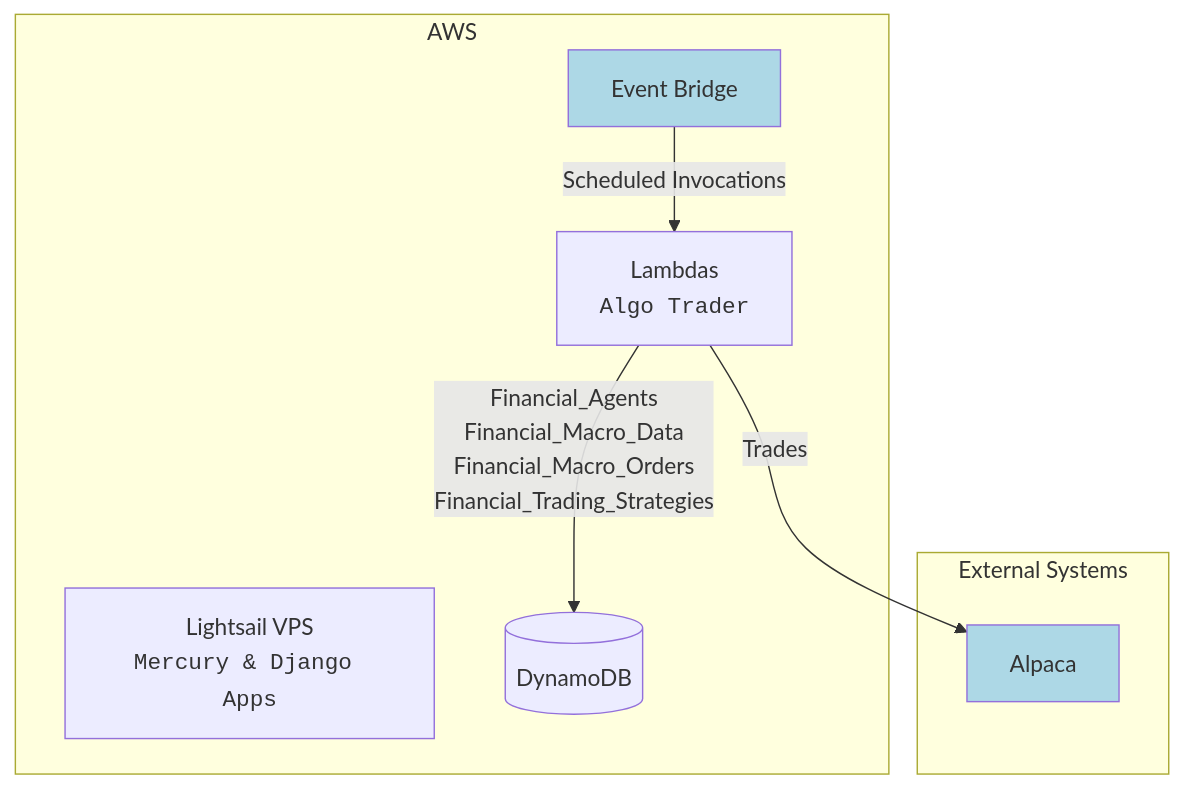
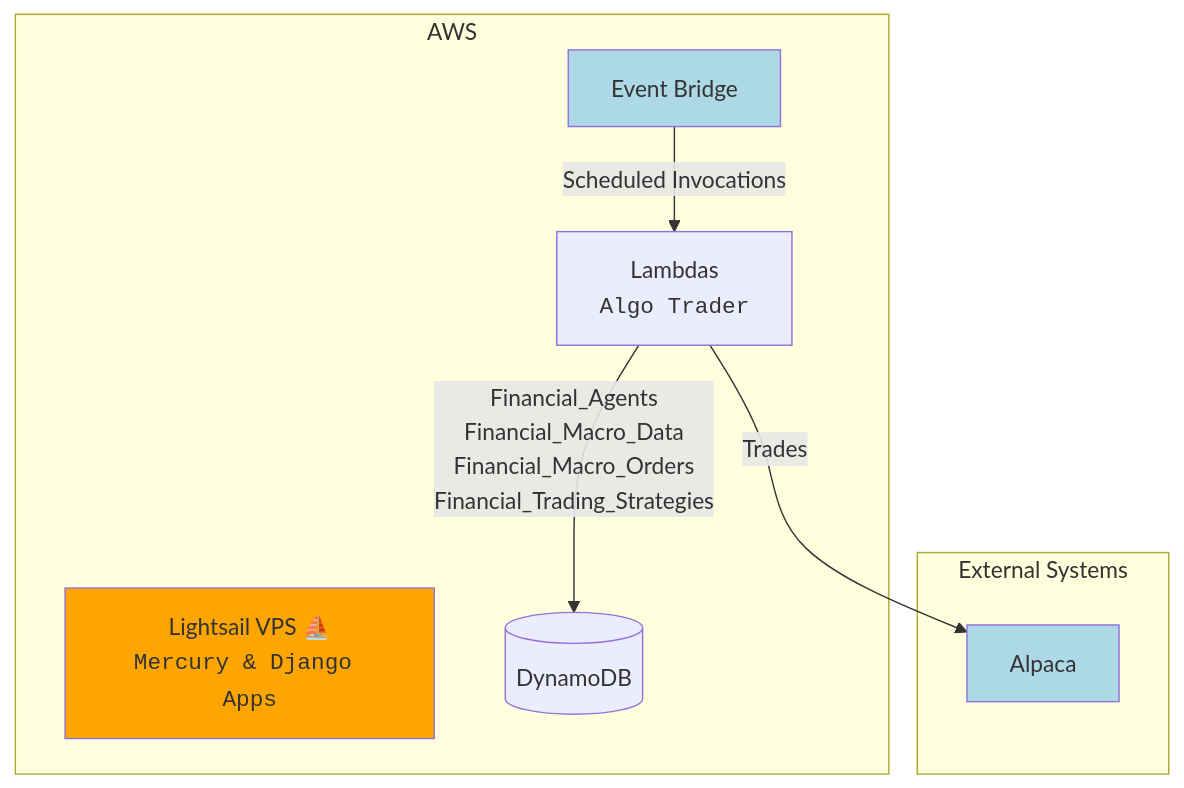
The first of 2 diagrams in obsidian-knowledge-base/Projects/Projects Home.md (shawn-don-soneja/knowledge-base), drawn with Mermaid before and after one commit. The commit also changed other lines of this file, not shown here.

````diff
--- a/obsidian-knowledge-base/Projects/Projects Home.md
+++ b/obsidian-knowledge-base/Projects/Projects Home.md
@@ -18,20 +20,21 @@
 ```mermaid
 graph TD
 	subgraph External Systems
 		E["`Alpaca`"<br/><code></code>]:::other
 	end
 	subgraph "`AWS`"
 		A["`Lambdas`"<br/><code>Algo Trader</code>]
 		B[Event Bridge]:::other -- Scheduled Invocations --> A
-		C["`Lightsail VPS`"<br/><code>Mercury & Django Apps</code>]
+		C["`Lightsail VPS ⛵️`"<br/><code>Mercury & Django Apps</code>]:::lightsail
 		D[(DynamoDB)]
 		A -- "`
 		Financial_Agents
 		Financial_Macro_Data
 		Financial_Macro_Orders
 		Financial_Trading_Strategies
 		`" --> D
 	end
 	A -- Trades --> E
 	classDef other fill:lightblue
+	classDef lightsail fill:orange
 ```
````
